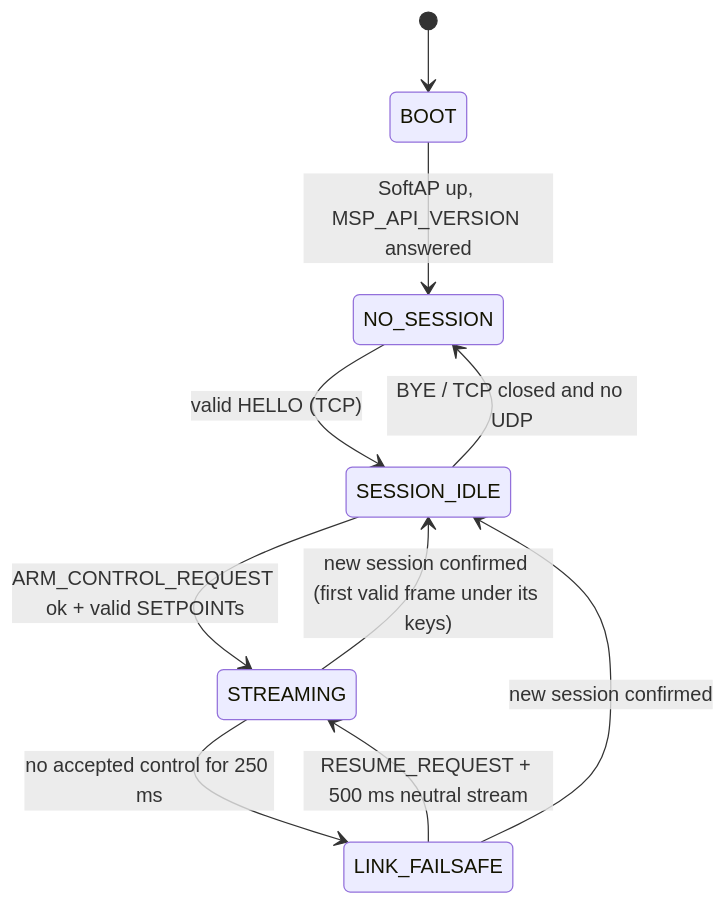
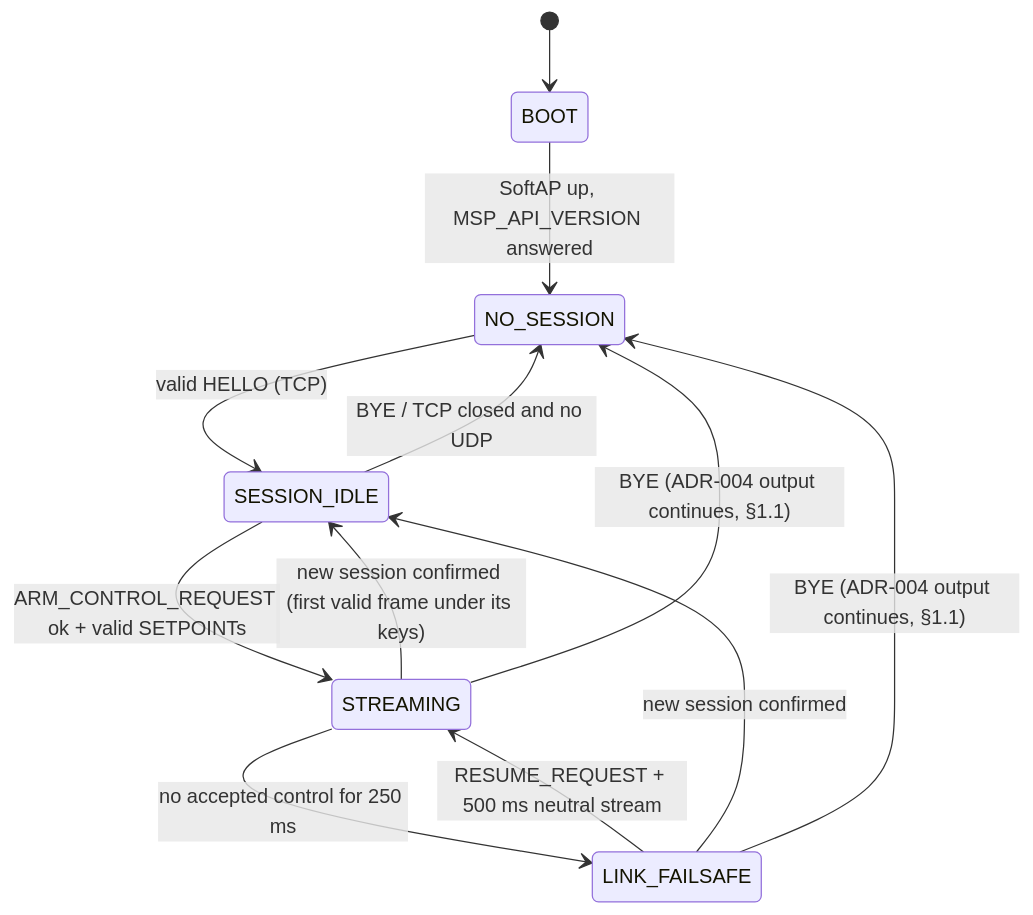
The diagram in docs/PraticalPlan/03 Architecture/ESP Link State Machine.md (SEAME-pt/SEA-ME_Team1_ROSRangers), drawn with Mermaid before and after one commit. The commit also changed other lines of this file and 5 other files, not shown here.

````diff
--- a/docs/PraticalPlan/03 Architecture/ESP Link State Machine.md
+++ b/docs/PraticalPlan/03 Architecture/ESP Link State Machine.md
@@ -23,12 +23,14 @@
 ```mermaid
 stateDiagram-v2
     [*] --> BOOT
     BOOT --> NO_SESSION: SoftAP up, MSP_API_VERSION answered
     NO_SESSION --> SESSION_IDLE: valid HELLO (TCP)
     SESSION_IDLE --> STREAMING: ARM_CONTROL_REQUEST ok + valid SETPOINTs
     STREAMING --> LINK_FAILSAFE: no accepted control for 250 ms
     LINK_FAILSAFE --> STREAMING: RESUME_REQUEST + 500 ms neutral stream
     SESSION_IDLE --> NO_SESSION: BYE / TCP closed and no UDP
     STREAMING --> SESSION_IDLE: new session confirmed (first valid frame under its keys)
     LINK_FAILSAFE --> SESSION_IDLE: new session confirmed
+    STREAMING --> NO_SESSION: BYE (ADR-004 output continues, §1.1)
+    LINK_FAILSAFE --> NO_SESSION: BYE (ADR-004 output continues, §1.1)
 ```
````
